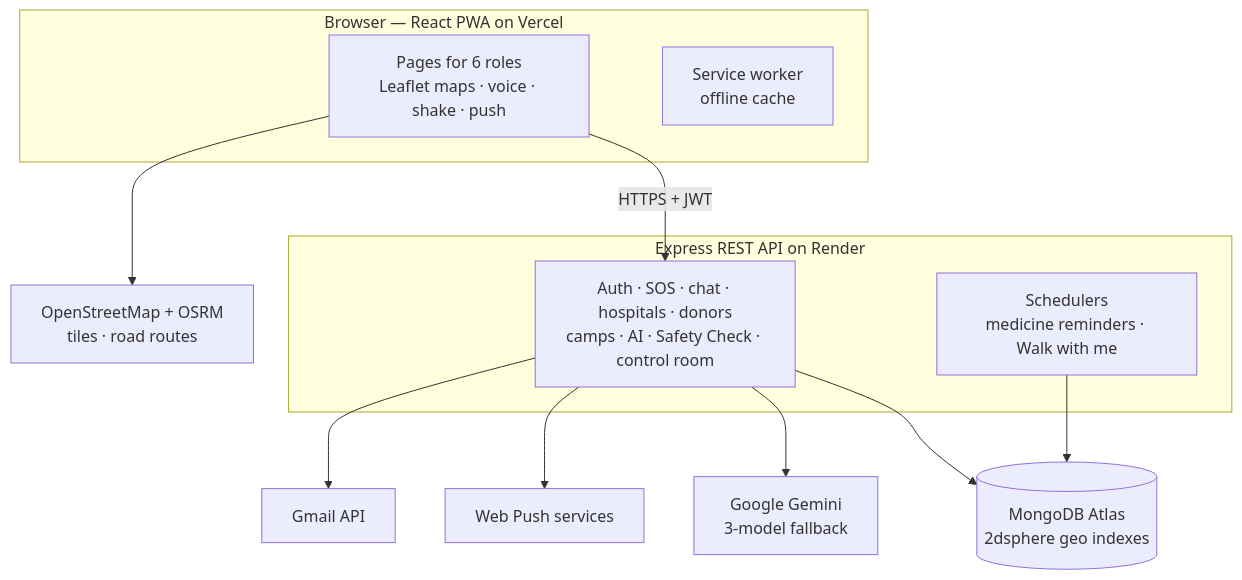
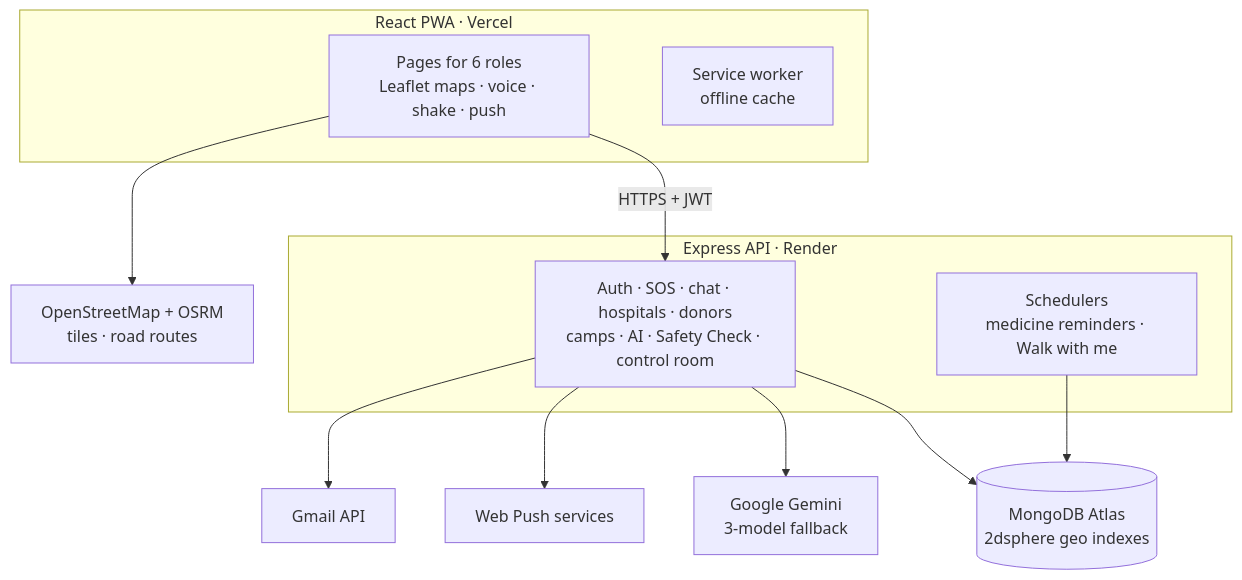
The second of 2 diagrams in README.md (ashokvarma1188/LifeLintAi), drawn with Mermaid before and after one commit. The commit also changed other lines of this file and 2 other files, not shown here.

Commit message:
docs: tidy README diagram titles and language badge

````diff
--- a/README.md
+++ b/README.md
@@ -186,24 +186,24 @@
 ```mermaid
 flowchart TB
-    subgraph Client["Browser — React PWA on Vercel"]
+    subgraph Client["React PWA · Vercel"]
         UI["Pages for 6 roles<br/>Leaflet maps · voice · shake · push"]
         SW["Service worker<br/>offline cache"]
     end
-    subgraph Server["Express REST API on Render"]
+    subgraph Server["Express API · Render"]
         API["Auth · SOS · chat · hospitals · donors<br/>camps · AI · Safety Check · control room"]
         JOBS["Schedulers<br/>medicine reminders · Walk with me"]
     end
     DB[("MongoDB Atlas<br/>2dsphere geo indexes")]
     GEM["Google Gemini<br/>3-model fallback"]
     OSM["OpenStreetMap + OSRM<br/>tiles · road routes"]
     PUSH["Web Push services"]
     MAIL["Gmail API"]
 
     UI -- "HTTPS + JWT" --> API
     UI --> OSM
     API --> DB
     JOBS --> DB
     API --> GEM
     API --> PUSH
     API --> MAIL
 ```
````
